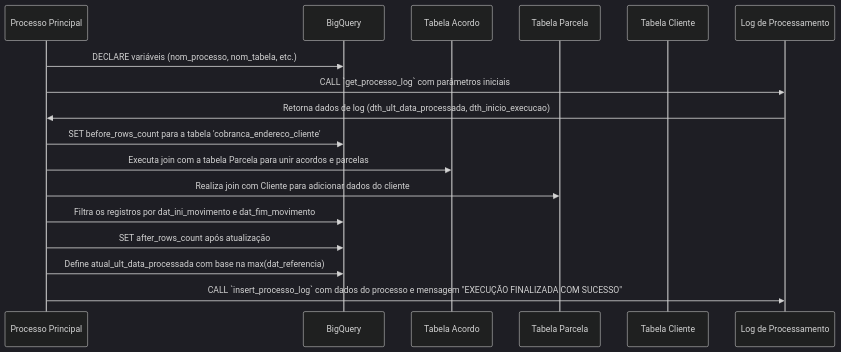
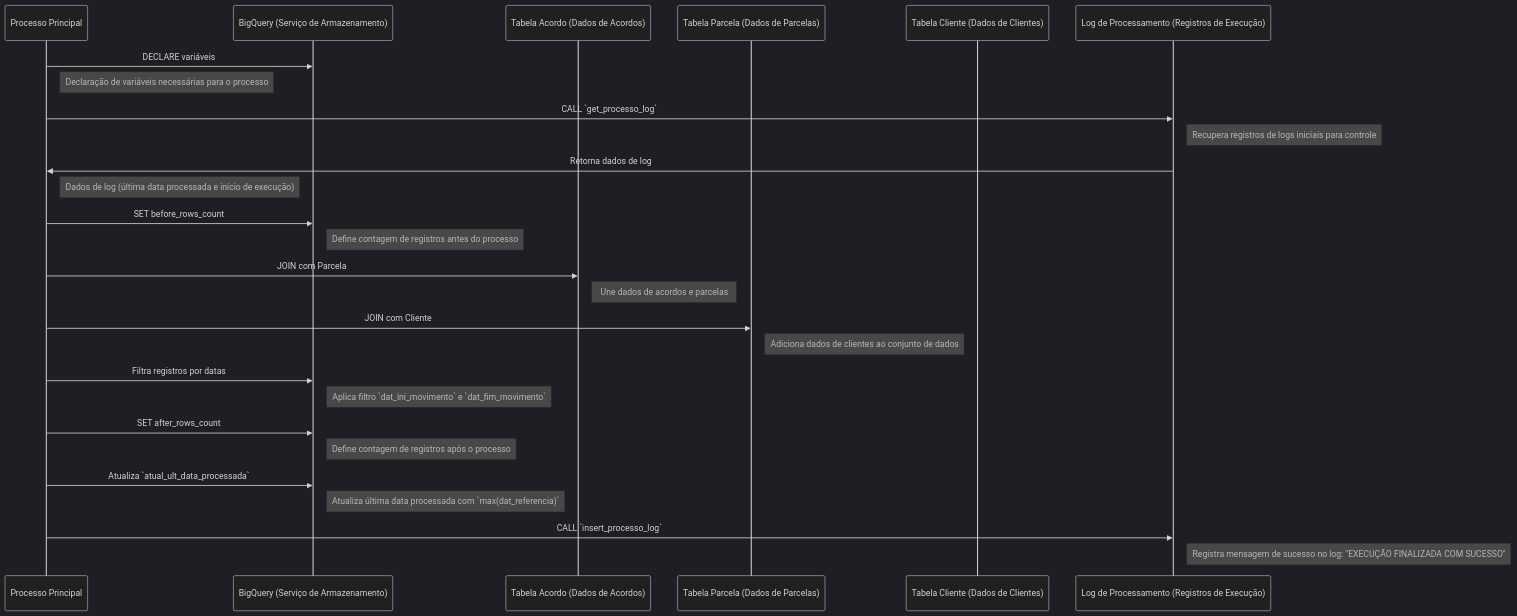
Before and after one commit to 2RP-Squad404/Halo-World: the diagram in Sprints/SP03-0511/valentina/SP02-0511_DocumentacaoDoScript_Valentina.md, drawn with Mermaid (dark theme).

Commit message:
docs: update report

````diff
--- a/Sprints/SP03-0511/valentina/SP02-0511_DocumentacaoDoScript_Valentina.md
+++ b/Sprints/SP03-0511/valentina/SP02-0511_DocumentacaoDoScript_Valentina.md
@@ -1,25 +1,41 @@
 ```mermaid
 sequenceDiagram
     participant Processo as Processo Principal
-    participant BigQuery as BigQuery
-    participant Acordo as Tabela Acordo
-    participant Parcela as Tabela Parcela
-    participant Cliente as Tabela Cliente
-    participant Logs as Log de Processamento
+    participant BigQuery as BigQuery (Serviço de Armazenamento)
+    participant Acordo as Tabela Acordo (Dados de Acordos)
+    participant Parcela as Tabela Parcela (Dados de Parcelas)
+    participant Cliente as Tabela Cliente (Dados de Clientes)
+    participant Logs as Log de Processamento (Registros de Execução)
 
-    Processo->>BigQuery: DECLARE variáveis (nom_processo, nom_tabela, etc.)
-    Processo->>Logs: CALL `get_processo_log` com parâmetros iniciais
-    Logs->>Processo: Retorna dados de log (dth_ult_data_processada, dth_inicio_execucao)
+    Processo->>BigQuery: DECLARE variáveis
+    note right of Processo: Declaração de variáveis necessárias para o processo
 
-    Processo->>BigQuery: SET before_rows_count para a tabela 'cobranca_endereco_cliente'
+    Processo->>Logs: CALL `get_processo_log`
+    note right of Logs: Recupera registros de logs iniciais para controle
 
-    Processo->>Acordo: Executa join com a tabela Parcela para unir acordos e parcelas
-    Processo->>Parcela: Realiza join com Cliente para adicionar dados do cliente
+    Logs->>Processo: Retorna dados de log
+    note right of Processo: Dados de log (última data processada e início de execução)
 
-    Processo->>BigQuery: Filtra os registros por dat_ini_movimento e dat_fim_movimento
+    Processo->>BigQuery: SET before_rows_count
+    note right of BigQuery: Define contagem de registros antes do processo
 
-    Processo->>BigQuery: SET after_rows_count após atualização
-    Processo->>BigQuery: Define atual_ult_data_processada com base na max(dat_referencia)
-    Processo->>Logs: CALL `insert_processo_log` com dados do processo e mensagem "EXECUÇÃO FINALIZADA COM SUCESSO"
+    Processo->>Acordo: JOIN com Parcela
+    note right of Acordo: Une dados de acordos e parcelas
+
+    Processo->>Parcela: JOIN com Cliente
+    note right of Parcela: Adiciona dados de clientes ao conjunto de dados
+
+    Processo->>BigQuery: Filtra registros por datas
+    note right of BigQuery: Aplica filtro `dat_ini_movimento` e `dat_fim_movimento`
+
+    Processo->>BigQuery: SET after_rows_count
+    note right of BigQuery: Define contagem de registros após o processo
+
+    Processo->>BigQuery: Atualiza `atual_ult_data_processada`
+    note right of BigQuery: Atualiza última data processada com `max(dat_referencia)`
+
+    Processo->>Logs: CALL `insert_processo_log`
+    note right of Logs: Registra mensagem de sucesso no log: "EXECUÇÃO FINALIZADA COM SUCESSO"
+
 
 ```
````
